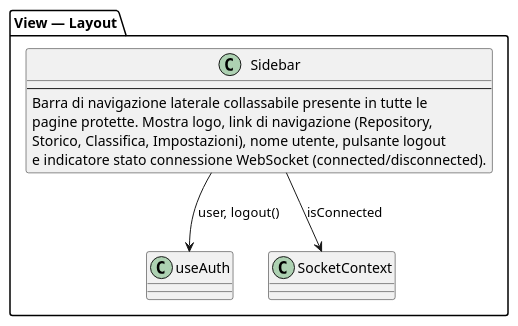
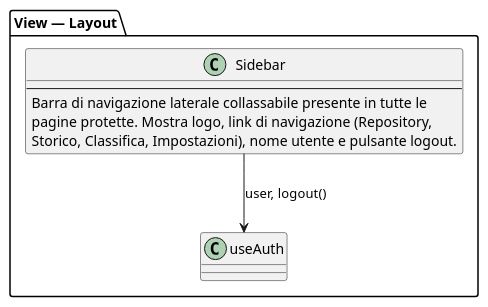
The diagram in assets/st_diagrams/code/frontend/components/sidebar.plantuml (SkarabGroup/DocumentazioneProgetto), drawn with PlantUML before and after one commit. The commit also changed 15 other files, not shown here.

```diff
--- a/assets/st_diagrams/code/frontend/components/sidebar.plantuml
+++ b/assets/st_diagrams/code/frontend/components/sidebar.plantuml
@@ -1,14 +1,12 @@
 @startuml
 package "View — Layout" {
   class Sidebar {
     --
     Barra di navigazione laterale collassabile presente in tutte le
     pagine protette. Mostra logo, link di navigazione (Repository,
-    Storico, Classifica, Impostazioni), nome utente, pulsante logout
-    e indicatore stato connessione WebSocket (connected/disconnected).
+    Storico, Classifica, Impostazioni), nome utente e pulsante logout.
   }
 
   Sidebar --> "useAuth" : user, logout()
-  Sidebar --> "SocketContext" : isConnected
 }
 @enduml
```
